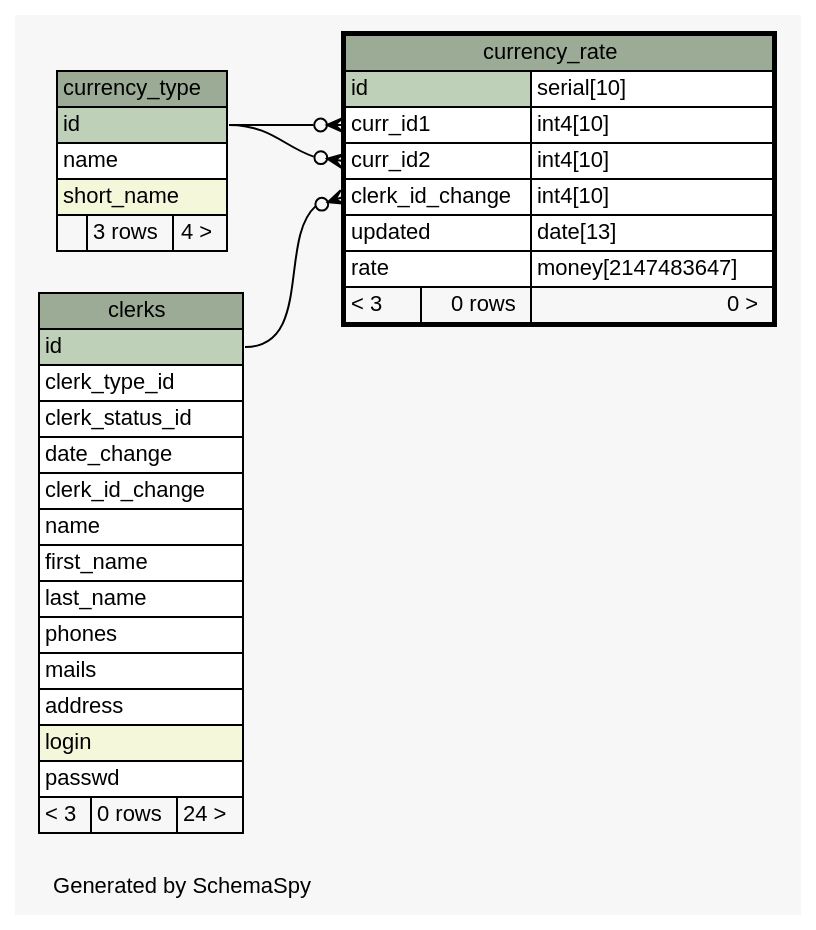
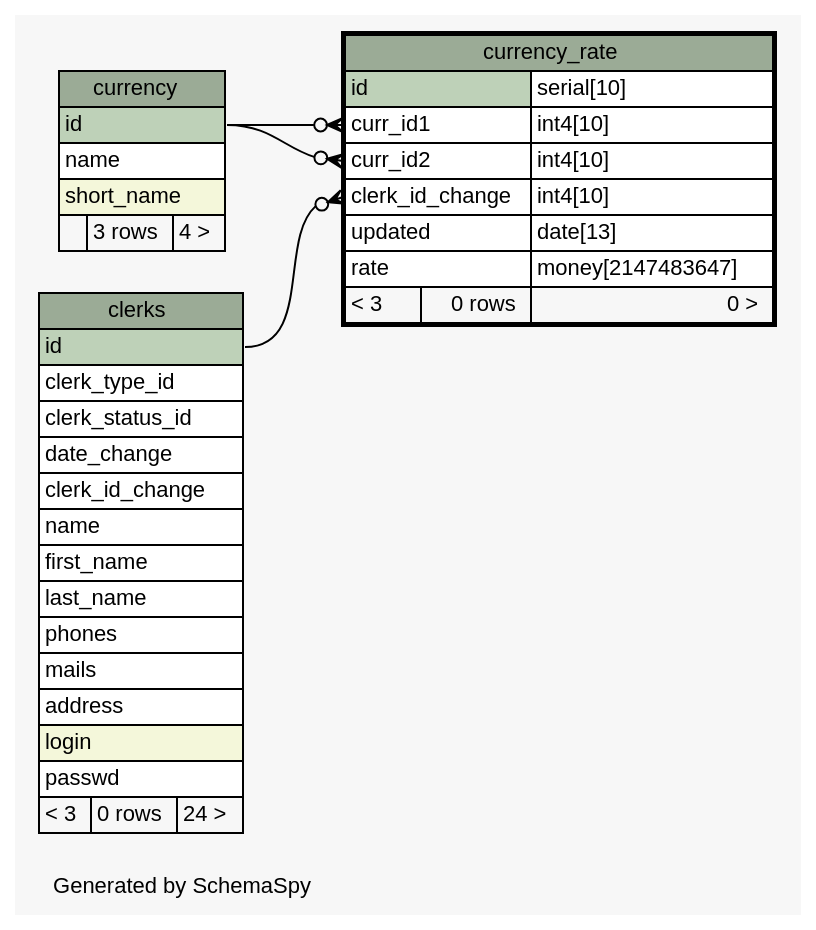
Before and after one commit to okharch/avox: the diagram in db_schema/diagrams/currency_rate.1degree.dot, drawn with Graphviz. The commit also changed 70 other files, not shown here.

```diff
--- a/db_schema/diagrams/currency_rate.1degree.dot
+++ b/db_schema/diagrams/currency_rate.1degree.dot
@@ -1,74 +1,74 @@
 // dot 2.26.0 on Linux 2.6.32-358.2.1.el6.x86_64
 // SchemaSpy rev 590
 digraph "oneDegreeRelationshipsDiagram" {
   graph [
     rankdir="RL"
     bgcolor="#f7f7f7"
     label="\nGenerated by SchemaSpy"
     labeljust="l"
     nodesep="0.18"
     ranksep="0.46"
     fontname="Helvetica"
     fontsize="11"
   ];
   node [
     fontname="Helvetica"
     fontsize="11"
     shape="plaintext"
   ];
   edge [
     arrowsize="0.8"
   ];
   "currency_rate":"clerk_id_change":w -> "clerks":"id":e [arrowhead=none dir=back arrowtail=crowodot];
-  "currency_rate":"curr_id1":w -> "currency_type":"id":e [arrowhead=none dir=back arrowtail=crowodot];
-  "currency_rate":"curr_id2":w -> "currency_type":"id":e [arrowhead=none dir=back arrowtail=crowodot];
+  "currency_rate":"curr_id1":w -> "currency":"id":e [arrowhead=none dir=back arrowtail=crowodot];
+  "currency_rate":"curr_id2":w -> "currency":"id":e [arrowhead=none dir=back arrowtail=crowodot];
   "clerks" [
     label=<
     <TABLE BORDER="0" CELLBORDER="1" CELLSPACING="0" BGCOLOR="#ffffff">
       <TR><TD COLSPAN="3" BGCOLOR="#9bab96" ALIGN="CENTER">clerks</TD></TR>
       <TR><TD PORT="id" COLSPAN="3" BGCOLOR="#bed1b8" ALIGN="LEFT">id</TD></TR>
       <TR><TD PORT="clerk_type_id" COLSPAN="3" ALIGN="LEFT">clerk_type_id</TD></TR>
       <TR><TD PORT="clerk_status_id" COLSPAN="3" ALIGN="LEFT">clerk_status_id</TD></TR>
       <TR><TD PORT="date_change" COLSPAN="3" ALIGN="LEFT">date_change</TD></TR>
       <TR><TD PORT="clerk_id_change" COLSPAN="3" ALIGN="LEFT">clerk_id_change</TD></TR>
       <TR><TD PORT="name" COLSPAN="3" ALIGN="LEFT">name</TD></TR>
       <TR><TD PORT="first_name" COLSPAN="3" ALIGN="LEFT">first_name</TD></TR>
       <TR><TD PORT="last_name" COLSPAN="3" ALIGN="LEFT">last_name</TD></TR>
       <TR><TD PORT="phones" COLSPAN="3" ALIGN="LEFT">phones</TD></TR>
       <TR><TD PORT="mails" COLSPAN="3" ALIGN="LEFT">mails</TD></TR>
       <TR><TD PORT="address" COLSPAN="3" ALIGN="LEFT">address</TD></TR>
       <TR><TD PORT="login" COLSPAN="3" BGCOLOR="#f4f7da" ALIGN="LEFT">login</TD></TR>
       <TR><TD PORT="passwd" COLSPAN="3" ALIGN="LEFT">passwd</TD></TR>
       <TR><TD ALIGN="LEFT" BGCOLOR="#f7f7f7">&lt; 3</TD><TD ALIGN="RIGHT" BGCOLOR="#f7f7f7">0 rows</TD><TD ALIGN="RIGHT" BGCOLOR="#f7f7f7">24 &gt;</TD></TR>
     </TABLE>>
     URL="clerks.html"
     tooltip="clerks"
   ];
+  "currency" [
+    label=<
+    <TABLE BORDER="0" CELLBORDER="1" CELLSPACING="0" BGCOLOR="#ffffff">
+      <TR><TD COLSPAN="3" BGCOLOR="#9bab96" ALIGN="CENTER">currency</TD></TR>
+      <TR><TD PORT="id" COLSPAN="3" BGCOLOR="#bed1b8" ALIGN="LEFT">id</TD></TR>
+      <TR><TD PORT="name" COLSPAN="3" ALIGN="LEFT">name</TD></TR>
+      <TR><TD PORT="short_name" COLSPAN="3" BGCOLOR="#f4f7da" ALIGN="LEFT">short_name</TD></TR>
+      <TR><TD ALIGN="LEFT" BGCOLOR="#f7f7f7">  </TD><TD ALIGN="RIGHT" BGCOLOR="#f7f7f7">3 rows</TD><TD ALIGN="RIGHT" BGCOLOR="#f7f7f7">4 &gt;</TD></TR>
+    </TABLE>>
+    URL="currency.html"
+    tooltip="currency"
+  ];
   "currency_rate" [
     label=<
     <TABLE BORDER="2" CELLBORDER="1" CELLSPACING="0" BGCOLOR="#ffffff">
       <TR><TD COLSPAN="3" BGCOLOR="#9bab96" ALIGN="CENTER">currency_rate</TD></TR>
       <TR><TD PORT="id" COLSPAN="2" BGCOLOR="#bed1b8" ALIGN="LEFT">id</TD><TD PORT="id.type" ALIGN="LEFT">serial[10]</TD></TR>
       <TR><TD PORT="curr_id1" COLSPAN="2" ALIGN="LEFT">curr_id1</TD><TD PORT="curr_id1.type" ALIGN="LEFT">int4[10]</TD></TR>
       <TR><TD PORT="curr_id2" COLSPAN="2" ALIGN="LEFT">curr_id2</TD><TD PORT="curr_id2.type" ALIGN="LEFT">int4[10]</TD></TR>
       <TR><TD PORT="clerk_id_change" COLSPAN="2" ALIGN="LEFT">clerk_id_change</TD><TD PORT="clerk_id_change.type" ALIGN="LEFT">int4[10]</TD></TR>
       <TR><TD PORT="updated" COLSPAN="2" ALIGN="LEFT">updated</TD><TD PORT="updated.type" ALIGN="LEFT">date[13]</TD></TR>
       <TR><TD PORT="rate" COLSPAN="2" ALIGN="LEFT">rate</TD><TD PORT="rate.type" ALIGN="LEFT">money[2147483647]</TD></TR>
       <TR><TD ALIGN="LEFT" BGCOLOR="#f7f7f7">&lt; 3</TD><TD ALIGN="RIGHT" BGCOLOR="#f7f7f7">0 rows</TD><TD ALIGN="RIGHT" BGCOLOR="#f7f7f7">0 &gt;</TD></TR>
     </TABLE>>
     URL="currency_rate.html"
     tooltip="currency_rate"
   ];
-  "currency_type" [
-    label=<
-    <TABLE BORDER="0" CELLBORDER="1" CELLSPACING="0" BGCOLOR="#ffffff">
-      <TR><TD COLSPAN="3" BGCOLOR="#9bab96" ALIGN="CENTER">currency_type</TD></TR>
-      <TR><TD PORT="id" COLSPAN="3" BGCOLOR="#bed1b8" ALIGN="LEFT">id</TD></TR>
-      <TR><TD PORT="name" COLSPAN="3" ALIGN="LEFT">name</TD></TR>
-      <TR><TD PORT="short_name" COLSPAN="3" BGCOLOR="#f4f7da" ALIGN="LEFT">short_name</TD></TR>
-      <TR><TD ALIGN="LEFT" BGCOLOR="#f7f7f7">  </TD><TD ALIGN="RIGHT" BGCOLOR="#f7f7f7">3 rows</TD><TD ALIGN="RIGHT" BGCOLOR="#f7f7f7">4 &gt;</TD></TR>
-    </TABLE>>
-    URL="currency_type.html"
-    tooltip="currency_type"
-  ];
 }
```
